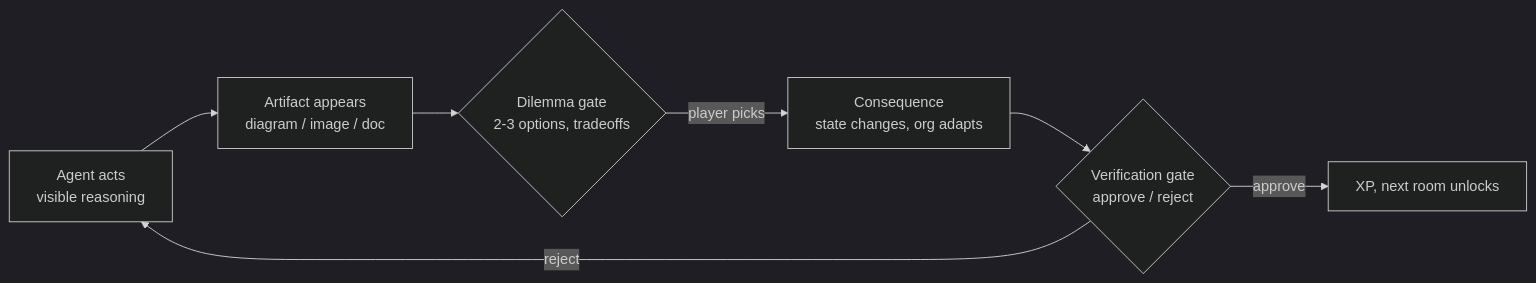
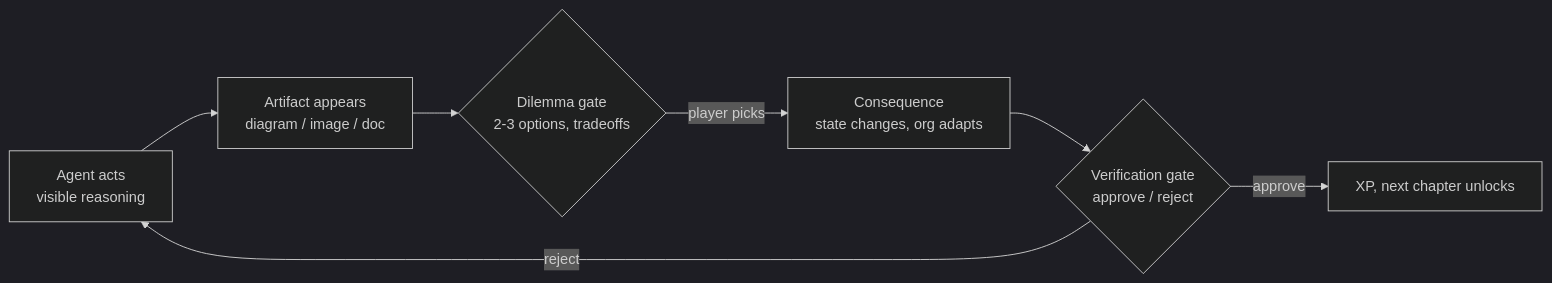
One commit to princepspolycap/worldforge-deploy changed the first of 2 diagrams in submission/docs/game_design.md. Above: the diagram before and after it, drawn with Mermaid (dark theme). The commit also changed other lines of this file and 50 other files, not shown here.

````diff
--- a/submission/docs/game_design.md
+++ b/submission/docs/game_design.md
@@ -64,9 +63,9 @@
 ```mermaid
 flowchart LR
     A[Agent acts<br/>visible reasoning] --> B[Artifact appears<br/>diagram / image / doc]
     B --> C{Dilemma gate<br/>2-3 options, tradeoffs}
     C -->|player picks| D[Consequence<br/>state changes, org adapts]
     D --> E{Verification gate<br/>approve / reject}
-    E -->|approve| F[XP, next room unlocks]
+    E -->|approve| F[XP, next chapter unlocks]
     E -->|reject| A
 ```
````
